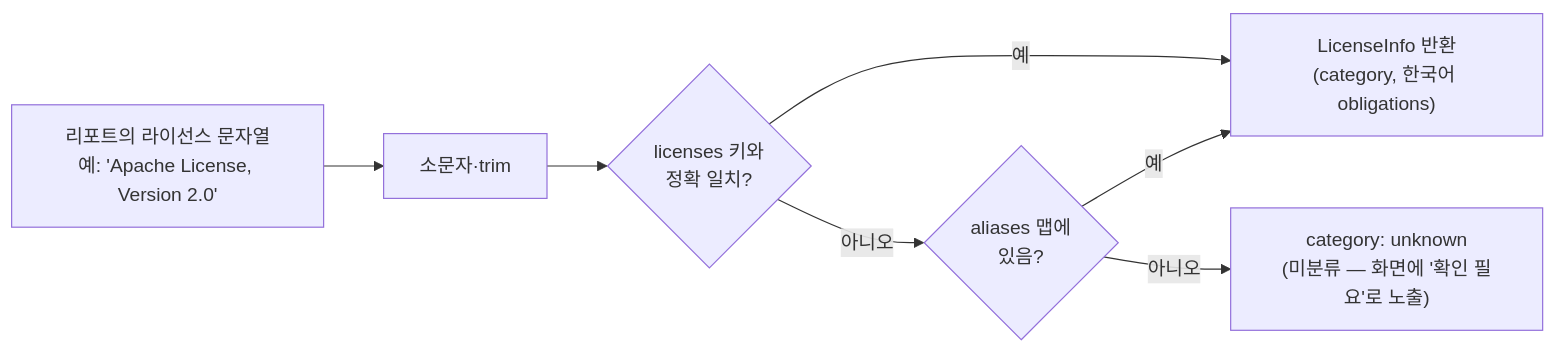
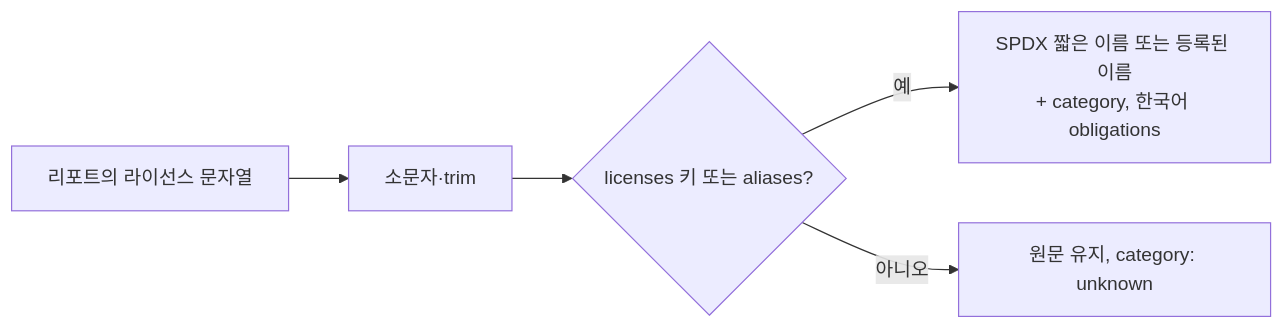
The second of 2 diagrams in docs/04-frontend.md (fosslight/fosslight_scanner_gui), drawn with Mermaid before and after one commit. The commit also changed other lines of this file and 8 other files, not shown here.

````diff
--- a/docs/04-frontend.md
+++ b/docs/04-frontend.md
@@ -76,9 +106,7 @@
 ```mermaid
 flowchart LR
-    A["리포트의 라이선스 문자열<br/>예: 'Apache License, Version 2.0'"] --> B["소문자·trim"]
-    B --> C{"licenses 키와<br/>정확 일치?"}
-    C -- 예 --> E["LicenseInfo 반환<br/>(category, 한국어 obligations)"]
-    C -- 아니오 --> D{"aliases 맵에<br/>있음?"}
-    D -- 예 --> E
-    D -- 아니오 --> F["category: unknown<br/>(미분류 — 화면에 '확인 필요'로 노출)"]
+    A["리포트의 라이선스 문자열"] --> B["소문자·trim"]
+    B --> C{"licenses 키 또는 aliases?"}
+    C -- 예 --> E["SPDX 짧은 이름 또는 등록된 이름<br/>+ category, 한국어 obligations"]
+    C -- 아니오 --> F["원문 유지, category: unknown"]
 ```
````
